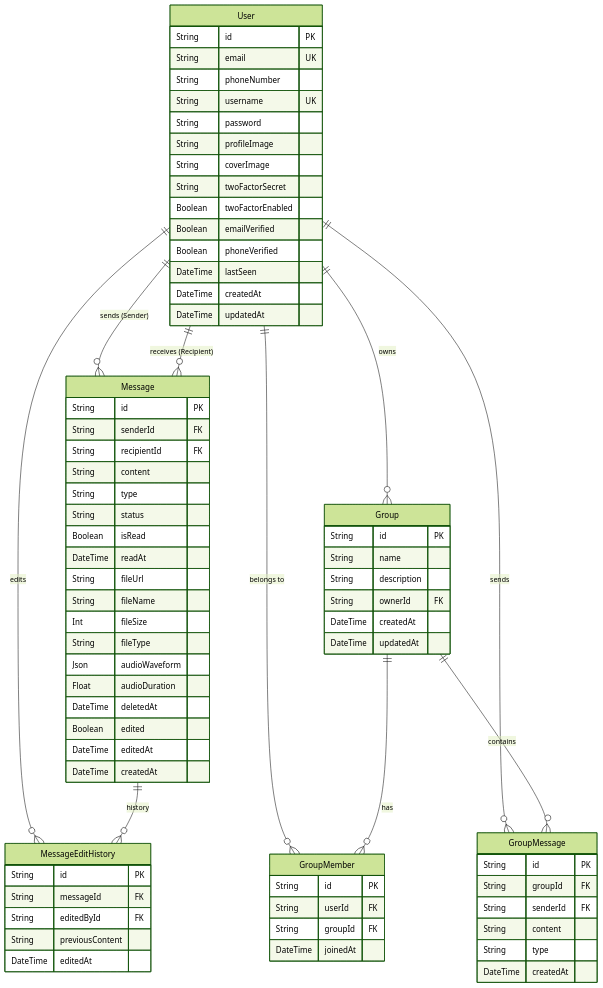
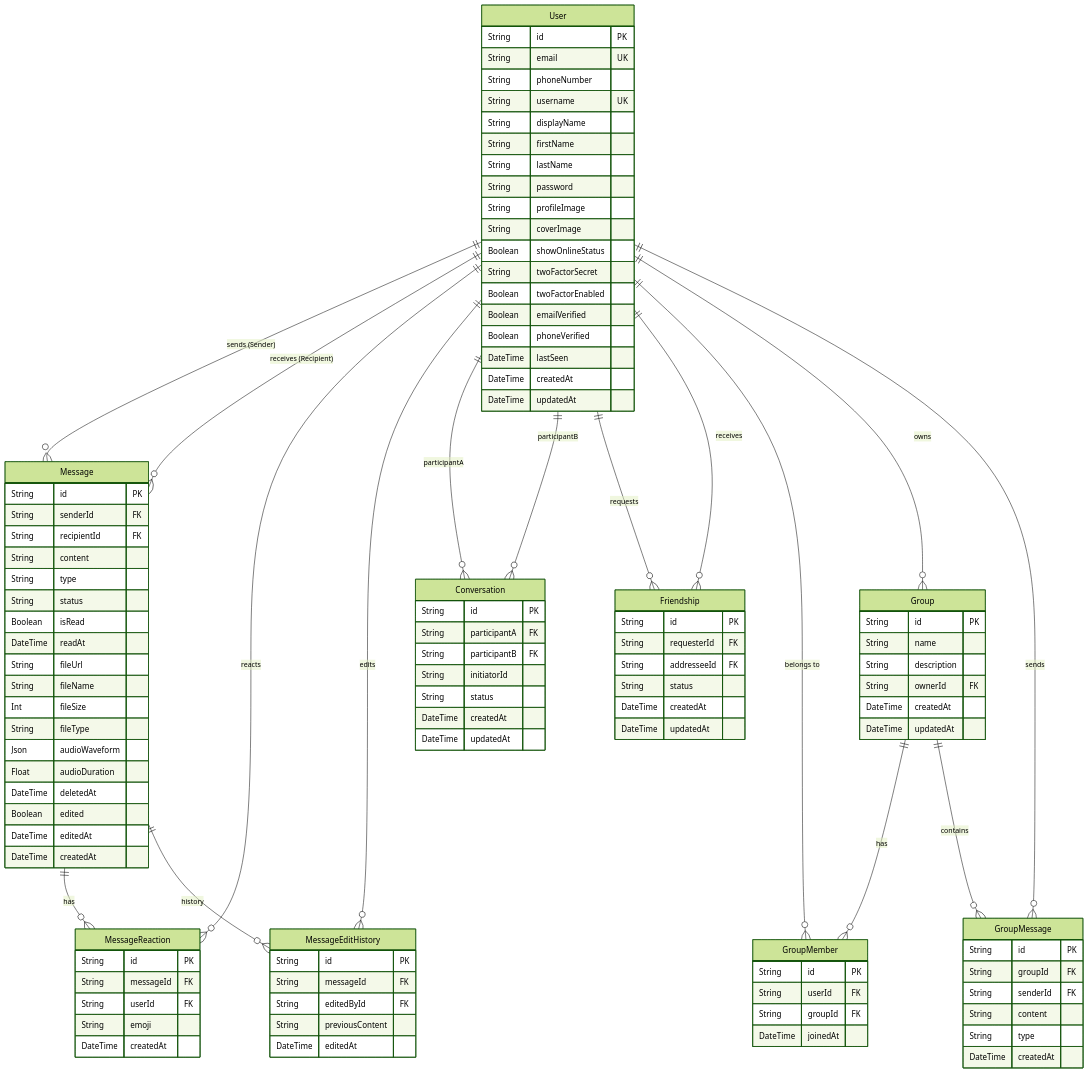
Before and after one commit to neofuture/chatr: the first of 2 diagrams in Documentation/Database/SCHEMA.md, drawn with Mermaid (forest theme). The commit also changed other lines of this file and 158 other files, not shown here.

````diff
--- a/Documentation/Database/SCHEMA.md
+++ b/Documentation/Database/SCHEMA.md
@@ -13,9 +13,13 @@
         String email UK
         String phoneNumber
         String username UK
+        String displayName
+        String firstName
+        String lastName
         String password
         String profileImage
         String coverImage
+        Boolean showOnlineStatus
         String twoFactorSecret
         Boolean twoFactorEnabled
         Boolean emailVerified
@@ -54,6 +58,33 @@
         DateTime editedAt
     }
 
+    MessageReaction {
+        String id PK
+        String messageId FK
+        String userId FK
+        String emoji
+        DateTime createdAt
+    }
+
+    Conversation {
+        String id PK
+        String participantA FK
+        String participantB FK
+        String initiatorId
+        String status
+        DateTime createdAt
+        DateTime updatedAt
+    }
+
+    Friendship {
+        String id PK
+        String requesterId FK
+        String addresseeId FK
+        String status
+        DateTime createdAt
+        DateTime updatedAt
+    }
+
     Group {
         String id PK
         String name
@@ -81,11 +112,17 @@
 
     User ||--o{ Message : "sends (Sender)"
     User ||--o{ Message : "receives (Recipient)"
+    User ||--o{ MessageReaction : "reacts"
+    User ||--o{ MessageEditHistory : "edits"
+    User ||--o{ Conversation : "participantA"
+    User ||--o{ Conversation : "participantB"
+    User ||--o{ Friendship : "requests"
+    User ||--o{ Friendship : "receives"
     User ||--o{ GroupMember : "belongs to"
     User ||--o{ Group : "owns"
     User ||--o{ GroupMessage : "sends"
-    User ||--o{ MessageEditHistory : "edits"
+    Message ||--o{ MessageReaction : "has"
+    Message ||--o{ MessageEditHistory : "history"
     Group ||--o{ GroupMember : "has"
     Group ||--o{ GroupMessage : "contains"
-    Message ||--o{ MessageEditHistory : "history"
 ```
````
